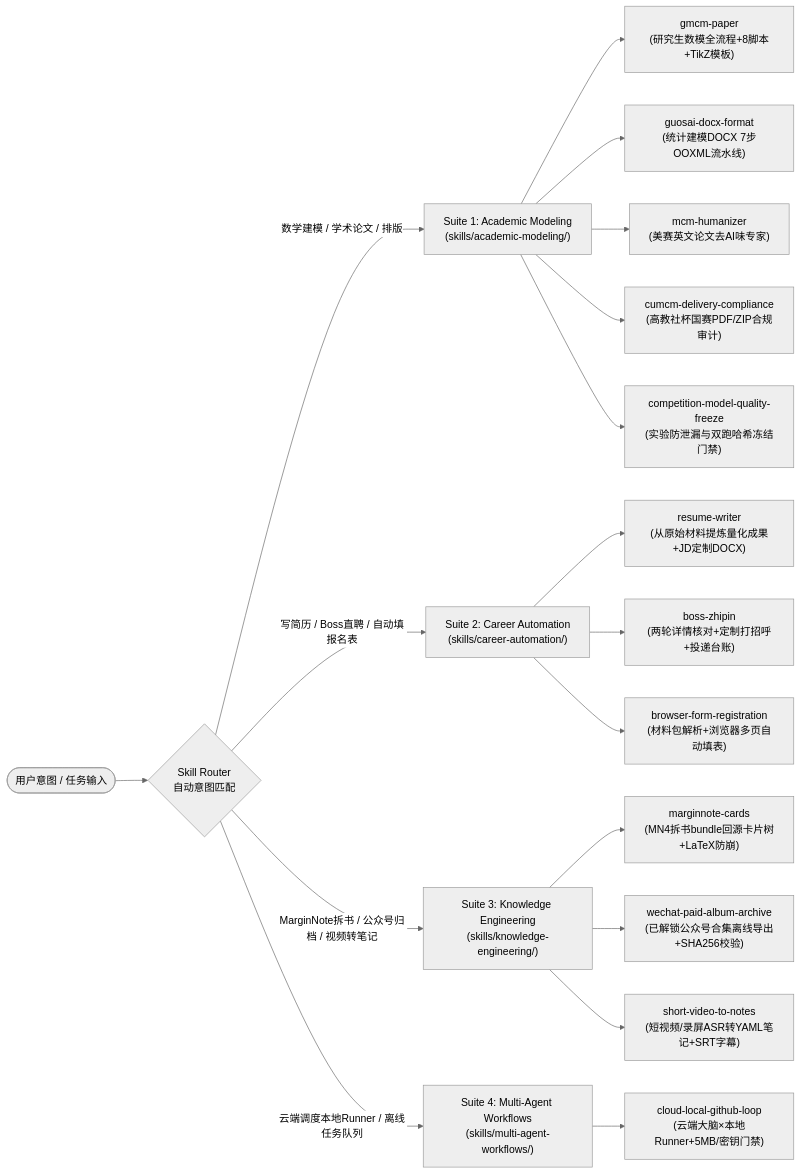
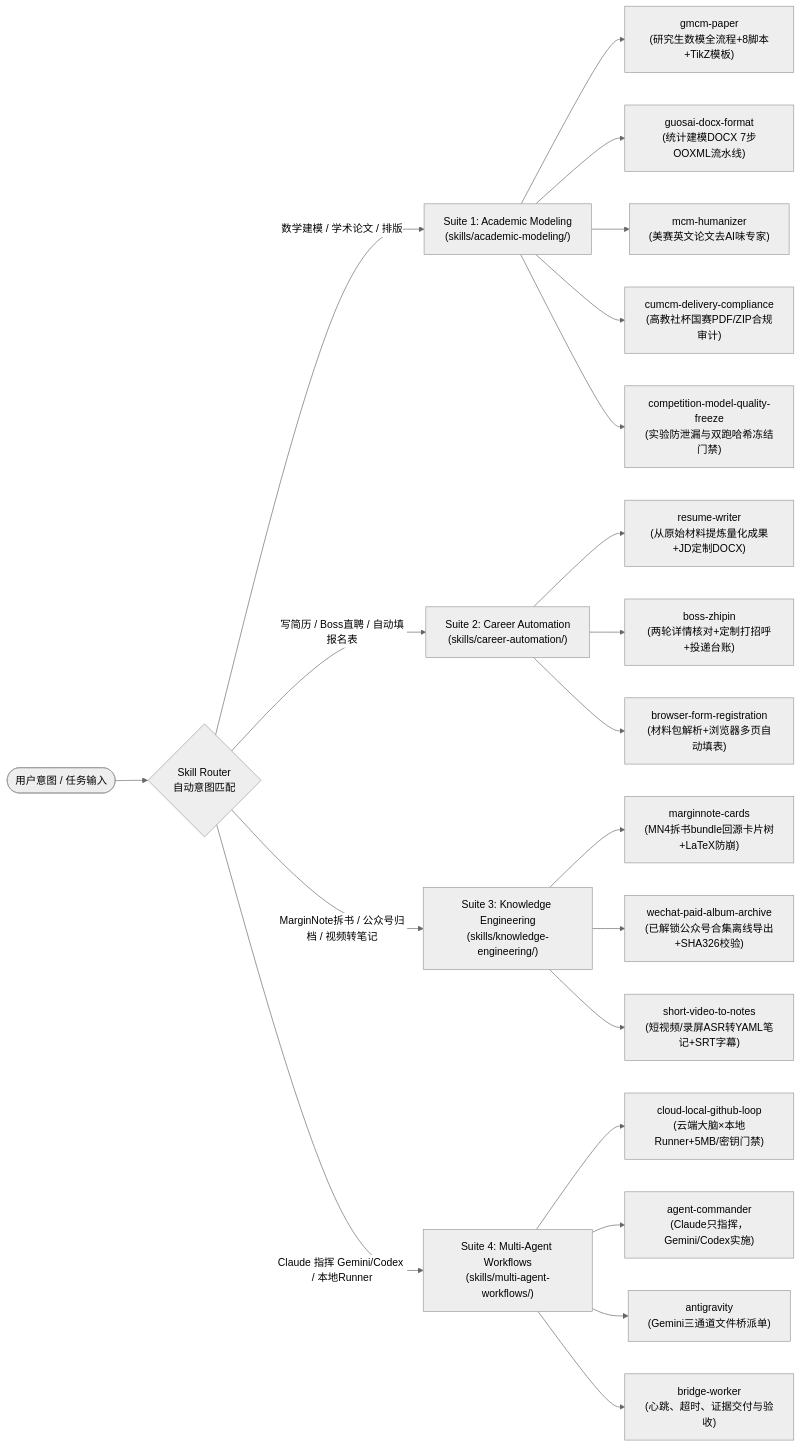
One commit to ychenfen/claude-agent-skills-collection changed the diagram in README.md. Above: the diagram before and after it, drawn with Mermaid (neutral theme). The commit also changed other lines of this file and 26 other files, not shown here.

Commit message:
feat: add Claude commander workflow for Gemini and Codex

````diff
--- a/README.md
+++ b/README.md
@@ -48,25 +48,28 @@
 ```mermaid
 flowchart LR
     User(["用户意图 / 任务输入"]) --> Router{"Skill Router\n自动意图匹配"}
 
     Router -->|"数学建模 / 学术论文 / 排版"| S1["Suite 1: Academic Modeling\n(skills/academic-modeling/)"]
     Router -->|"写简历 / Boss直聘 / 自动填报名表"| S2["Suite 2: Career Automation\n(skills/career-automation/)"]
     Router -->|"MarginNote拆书 / 公众号归档 / 视频转笔记"| S3["Suite 3: Knowledge Engineering\n(skills/knowledge-engineering/)"]
-    Router -->|"云端调度本地Runner / 离线任务队列"| S4["Suite 4: Multi-Agent Workflows\n(skills/multi-agent-workflows/)"]
+    Router -->|"Claude 指挥 Gemini/Codex / 本地Runner"| S4["Suite 4: Multi-Agent Workflows\n(skills/multi-agent-workflows/)"]
 
     S1 --> S1A["gmcm-paper\n(研究生数模全流程+8脚本+TikZ模板)"]
     S1 --> S1B["guosai-docx-format\n(统计建模DOCX 7步OOXML流水线)"]
     S1 --> S1C["mcm-humanizer\n(美赛英文论文去AI味专家)"]
     S1 --> S1D["cumcm-delivery-compliance\n(高教社杯国赛PDF/ZIP合规审计)"]
     S1 --> S1E["competition-model-quality-freeze\n(实验防泄漏与双跑哈希冻结门禁)"]
 
     S2 --> S2A["resume-writer\n(从原始材料提炼量化成果+JD定制DOCX)"]
     S2 --> S2B["boss-zhipin\n(两轮详情核对+定制打招呼+投递台账)"]
     S2 --> S2C["browser-form-registration\n(材料包解析+浏览器多页自动填表)"]
 
     S3 --> S3A["marginnote-cards\n(MN4拆书bundle回源卡片树+LaTeX防崩)"]
-    S3 --> S3B["wechat-paid-album-archive\n(已解锁公众号合集离线导出+SHA256校验)"]
+    S3 --> S3B["wechat-paid-album-archive\n(已解锁公众号合集离线导出+SHA326校验)"]
     S3 --> S3C["short-video-to-notes\n(短视频/录屏ASR转YAML笔记+SRT字幕)"]
 
     S4 --> S4A["cloud-local-github-loop\n(云端大脑×本地Runner+5MB/密钥门禁)"]
+    S4 --> S4B["agent-commander\n(Claude只指挥，Gemini/Codex实施)"]
+    S4 --> S4C["antigravity\n(Gemini三通道文件桥派单)"]
+    S4 --> S4D["bridge-worker\n(心跳、超时、证据交付与验收)"]
 ```
````
